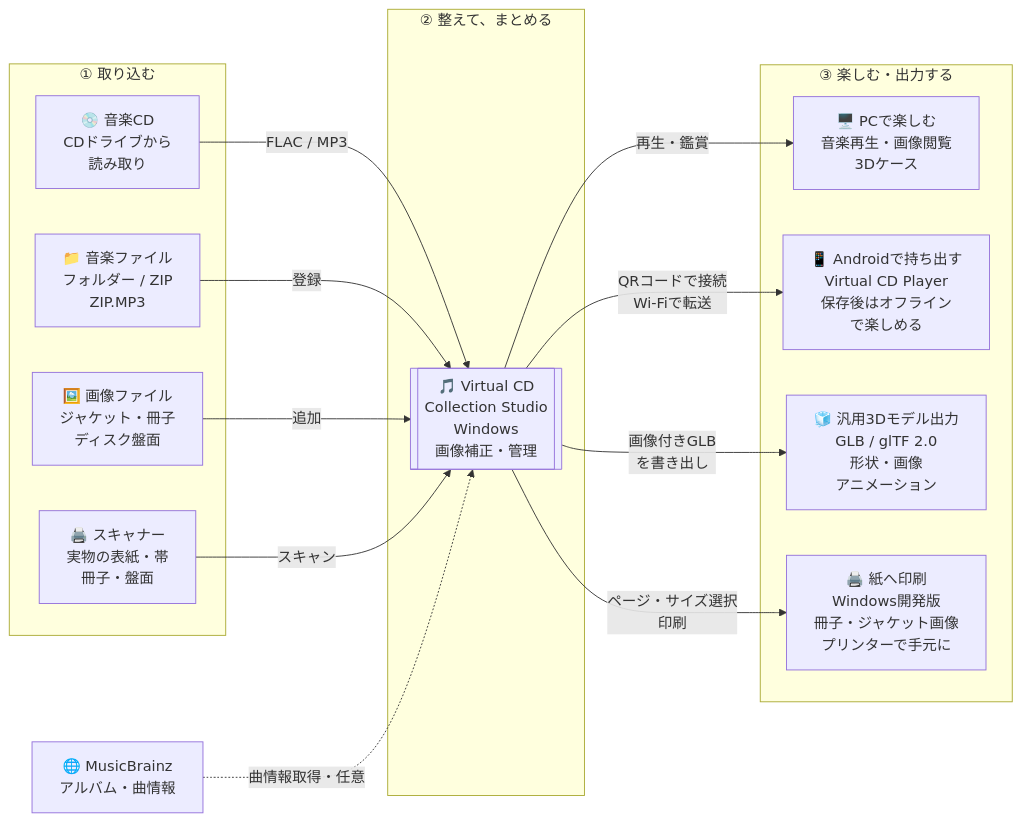
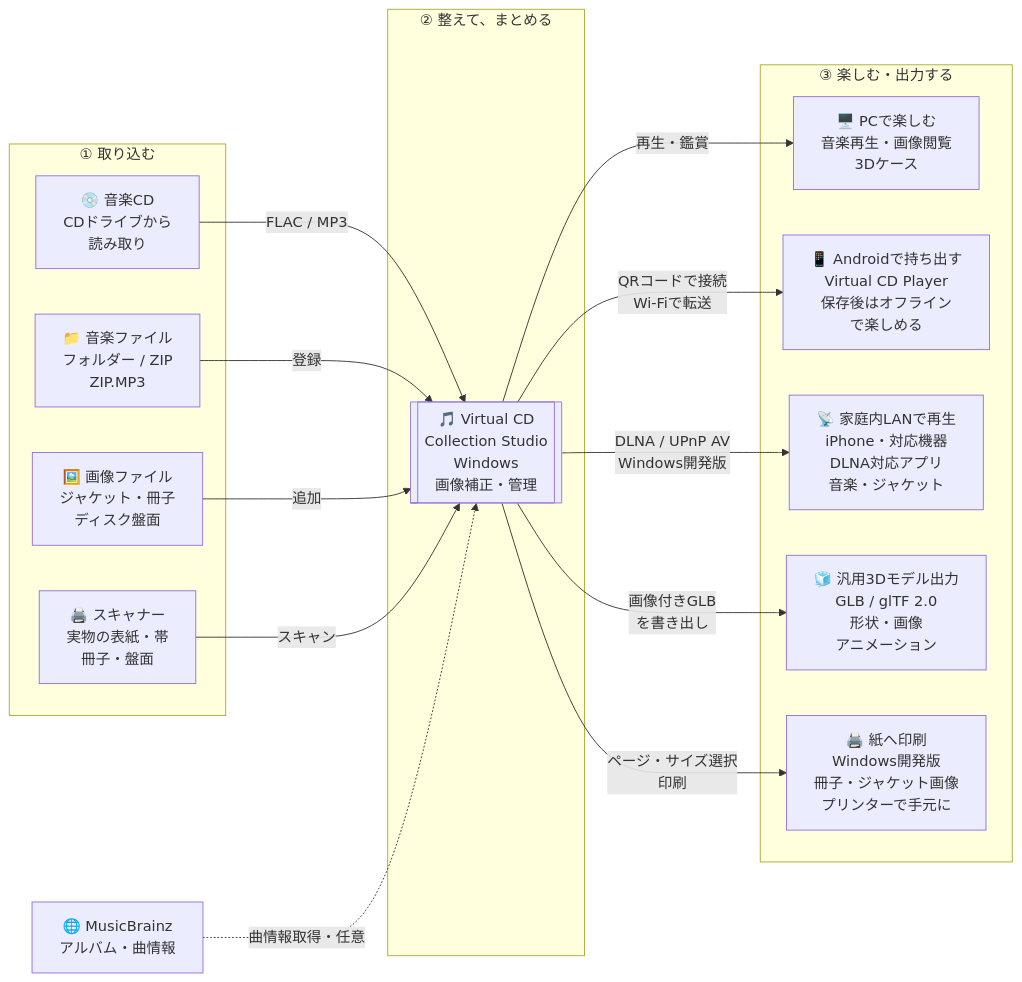
The diagram in docs/INTEGRATION_OVERVIEW.md (kksszz/virtual-cd-collection-studio), drawn with Mermaid before and after one commit. The commit also changed other lines of this file and 20 other files, not shown here.

````diff
--- a/docs/INTEGRATION_OVERVIEW.md
+++ b/docs/INTEGRATION_OVERVIEW.md
@@ -16,31 +16,33 @@
 ```mermaid
 flowchart LR
     subgraph INPUT["① 取り込む"]
         CD["💿 音楽CD<br/>CDドライブから<br/>読み取り"]
         MUSIC["📁 音楽ファイル<br/>フォルダー / ZIP<br/>ZIP.MP3"]
         IMAGE["🖼️ 画像ファイル<br/>ジャケット・冊子<br/>ディスク盤面"]
         SCANNER["🖨️ スキャナー<br/>実物の表紙・帯<br/>冊子・盤面"]
     end
 
     subgraph LIBRARY["② 整えて、まとめる"]
         APP[["🎵 Virtual CD<br/>Collection Studio<br/>Windows<br/>画像補正・管理"]]
     end
 
     subgraph ENJOY["③ 楽しむ・出力する"]
         PC["🖥️ PCで楽しむ<br/>音楽再生・画像閲覧<br/>3Dケース"]
         PHONE["📱 Androidで持ち出す<br/>Virtual CD Player<br/>保存後はオフライン<br/>で楽しめる"]
+        DLNA["📡 家庭内LANで再生<br/>iPhone・対応機器<br/>DLNA対応アプリ<br/>音楽・ジャケット"]
         MODEL["🧊 汎用3Dモデル出力<br/>GLB / glTF 2.0<br/>形状・画像<br/>アニメーション"]
         PRINT["🖨️ 紙へ印刷<br/>Windows開発版<br/>冊子・ジャケット画像<br/>プリンターで手元に"]
     end
 
     META["🌐 MusicBrainz<br/>アルバム・曲情報"]
     CD -->|"FLAC / MP3"| APP
     MUSIC -->|"登録"| APP
     IMAGE -->|"追加"| APP
     SCANNER -->|"スキャン"| APP
     META -.->|"曲情報取得・任意"| APP
     APP -->|"再生・鑑賞"| PC
     APP -->|"QRコードで接続<br/>Wi-Fiで転送"| PHONE
+    APP -->|"DLNA / UPnP AV<br/>Windows開発版"| DLNA
     APP -->|"画像付きGLB<br/>を書き出し"| MODEL
     APP -->|"ページ・サイズ選択<br/>印刷"| PRINT
 ```
````
